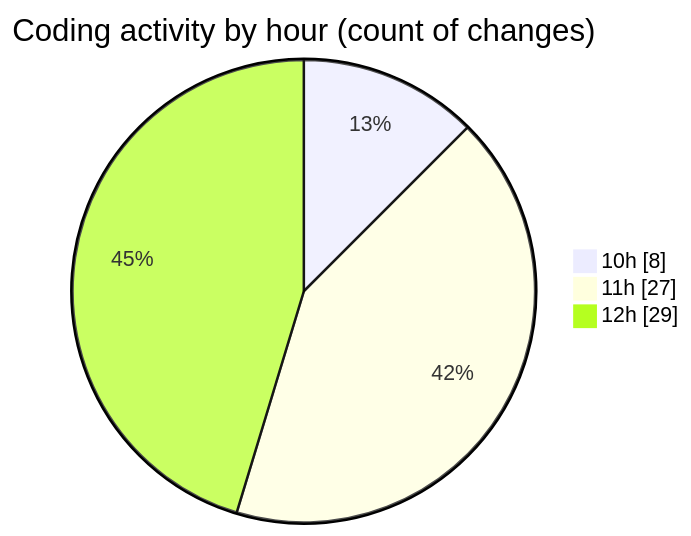
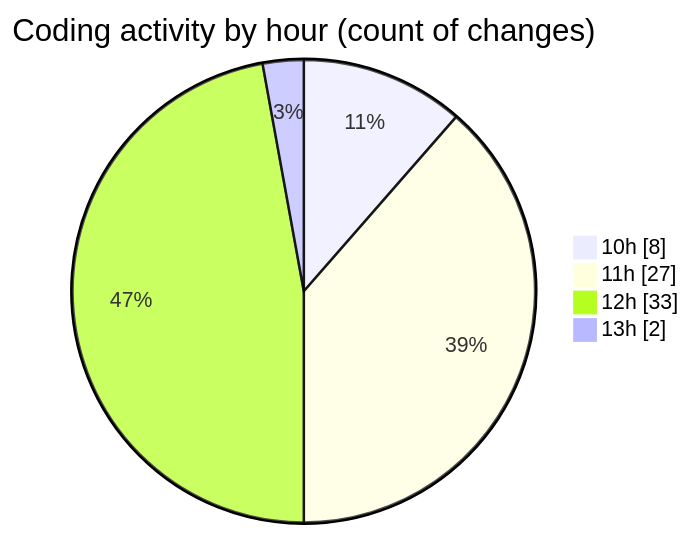
One commit to nxtqubesakshisongat/code-tracking changed the second of 2 diagrams in 2025-09-29/nxtqube_webapp/README.md. Above: the diagram before and after it, drawn with Mermaid. The commit also changed other lines of this file and 1 other file, not shown here.

````diff
--- a/2025-09-29/nxtqube_webapp/README.md
+++ b/2025-09-29/nxtqube_webapp/README.md
@@ -31,7 +31,8 @@
 ```mermaid
 pie showData
 title Coding activity by hour (count of changes)
 "10h" : 8
 "11h" : 27
-"12h" : 29
+"12h" : 33
+"13h" : 2
 ```
````
